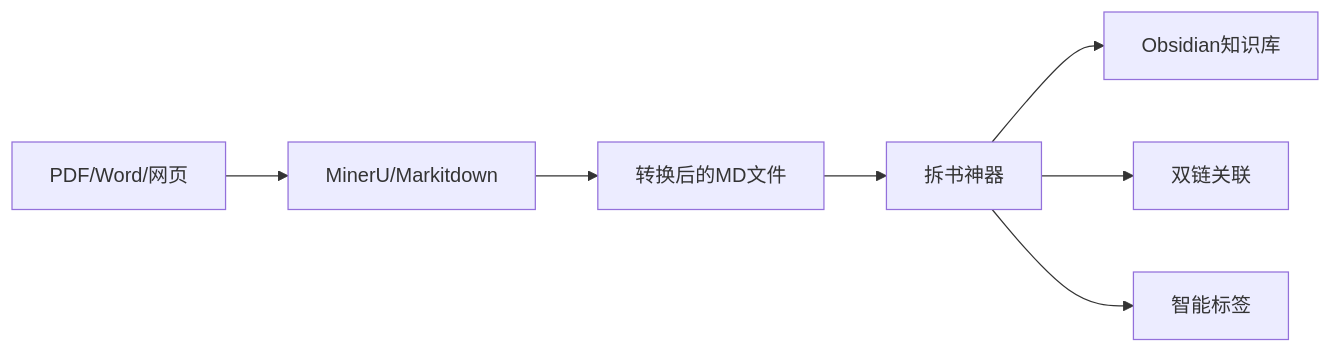
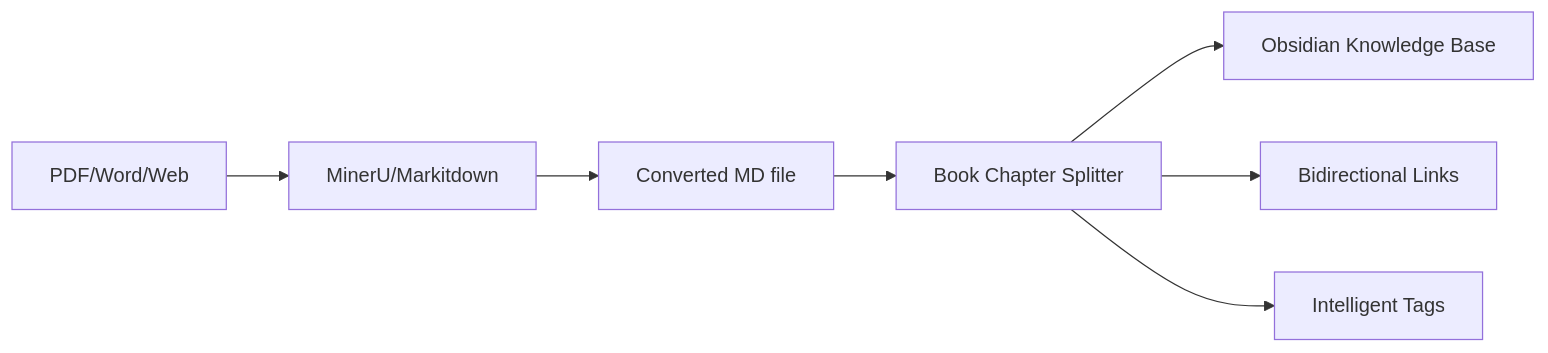
The diagram in README.md (changingwang/Book-Chapter-Splitter), drawn with Mermaid before and after one commit. The commit also changed other lines of this file, not shown here.

````diff
--- a/README.md
+++ b/README.md
@@ -25,9 +25,9 @@
 ```mermaid
 graph LR
-    A[PDF/Word/网页] --> B[MinerU/Markitdown]
-    B --> C[转换后的MD文件]
-    C --> D[拆书神器]
-    D --> E[Obsidian知识库]
-    D --> F[双链关联]
-    D --> G[智能标签]
+    A[PDF/Word/Web] --> B[MinerU/Markitdown]
+    B --> C[Converted MD file]
+    C --> D[Book Chapter Splitter]
+    D --> E[Obsidian Knowledge Base]
+    D --> F[Bidirectional Links]
+    D --> G[Intelligent Tags]
 ```
````
